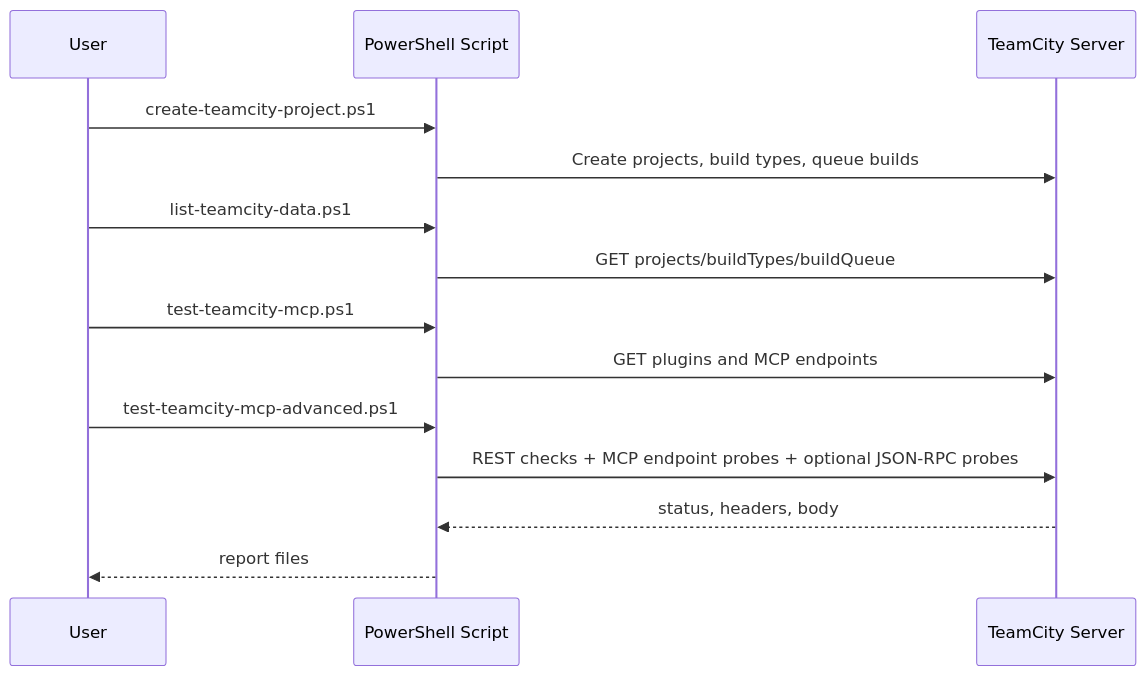
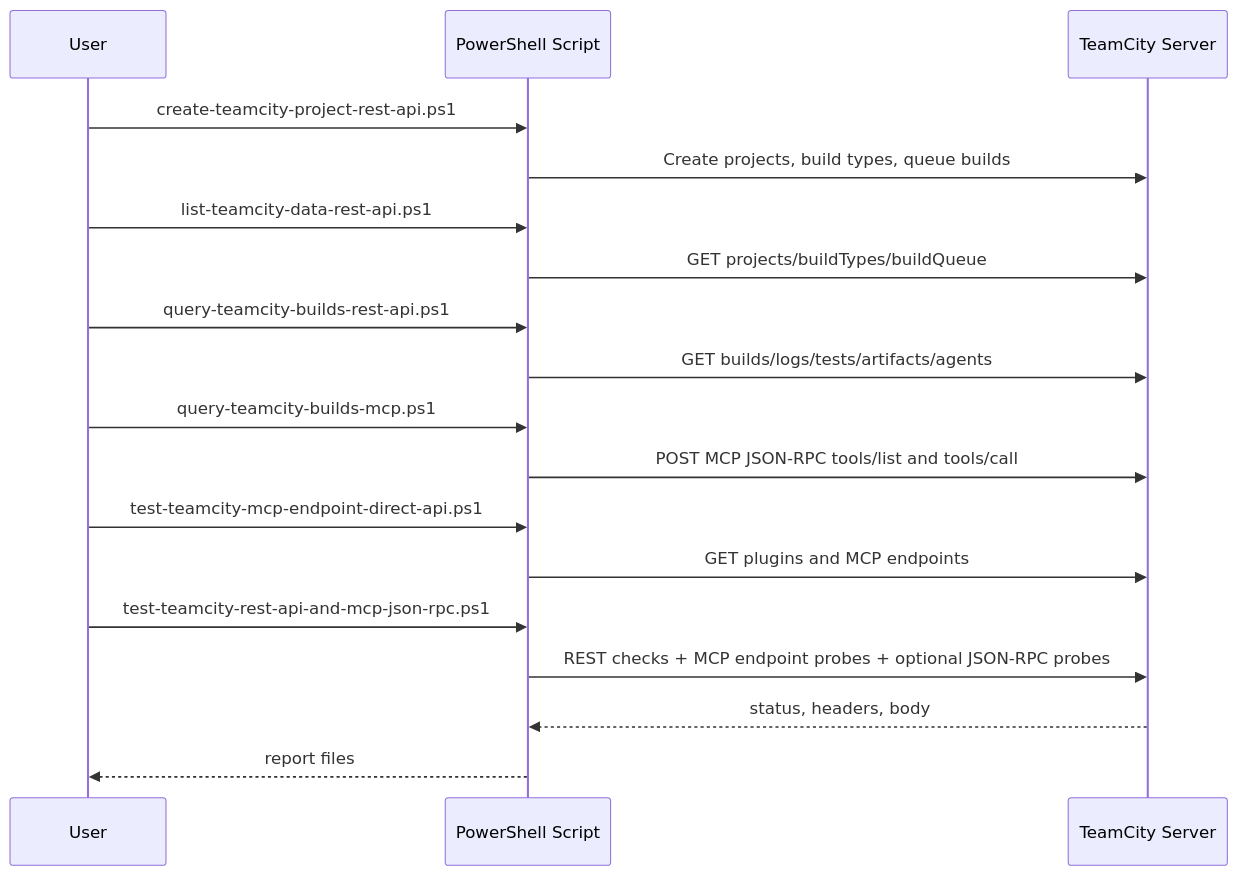
Before and after one commit to RegexCore/teamcity-n8n-automation-lab: the second of 2 diagrams in README.md, drawn with Mermaid. The commit also changed other lines of this file and 8 other files, not shown here.

First line of the commit message:
Add PowerShell scripts for querying TeamCity builds and testing MCP endpoints

````diff
--- a/README.md
+++ b/README.md
@@ -65,16 +79,20 @@
 ```mermaid
 sequenceDiagram
     participant U as User
     participant S as PowerShell Script
     participant T as TeamCity Server
-    U->>S: create-teamcity-project.ps1
+  U->>S: create-teamcity-project-rest-api.ps1
     S->>T: Create projects, build types, queue builds
-    U->>S: list-teamcity-data.ps1
+  U->>S: list-teamcity-data-rest-api.ps1
     S->>T: GET projects/buildTypes/buildQueue
-    U->>S: test-teamcity-mcp.ps1
+  U->>S: query-teamcity-builds-rest-api.ps1
+  S->>T: GET builds/logs/tests/artifacts/agents
+  U->>S: query-teamcity-builds-mcp.ps1
+  S->>T: POST MCP JSON-RPC tools/list and tools/call
+  U->>S: test-teamcity-mcp-endpoint-direct-api.ps1
     S->>T: GET plugins and MCP endpoints
-    U->>S: test-teamcity-mcp-advanced.ps1
+  U->>S: test-teamcity-rest-api-and-mcp-json-rpc.ps1
     S->>T: REST checks + MCP endpoint probes + optional JSON-RPC probes
     T-->>S: status, headers, body
     S-->>U: report files
 ```
````
